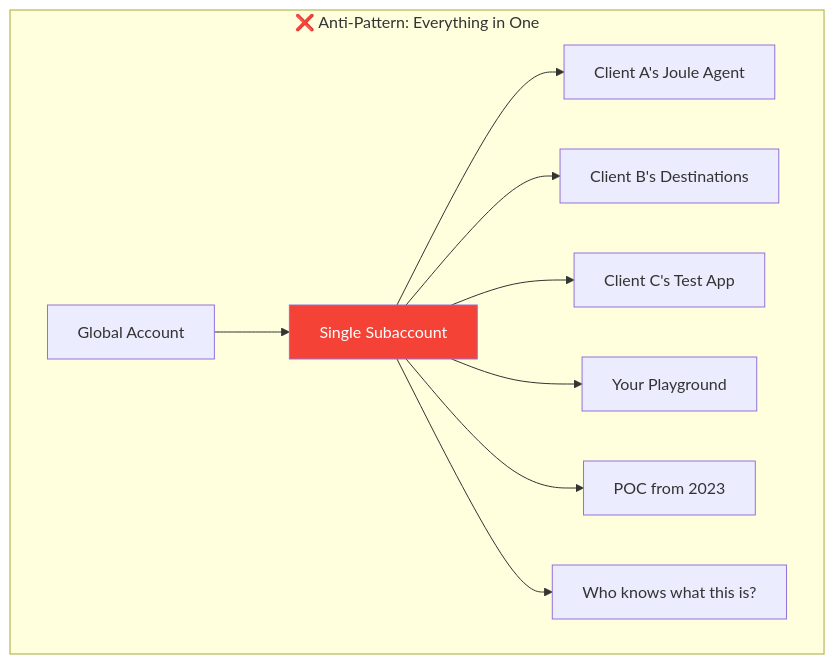
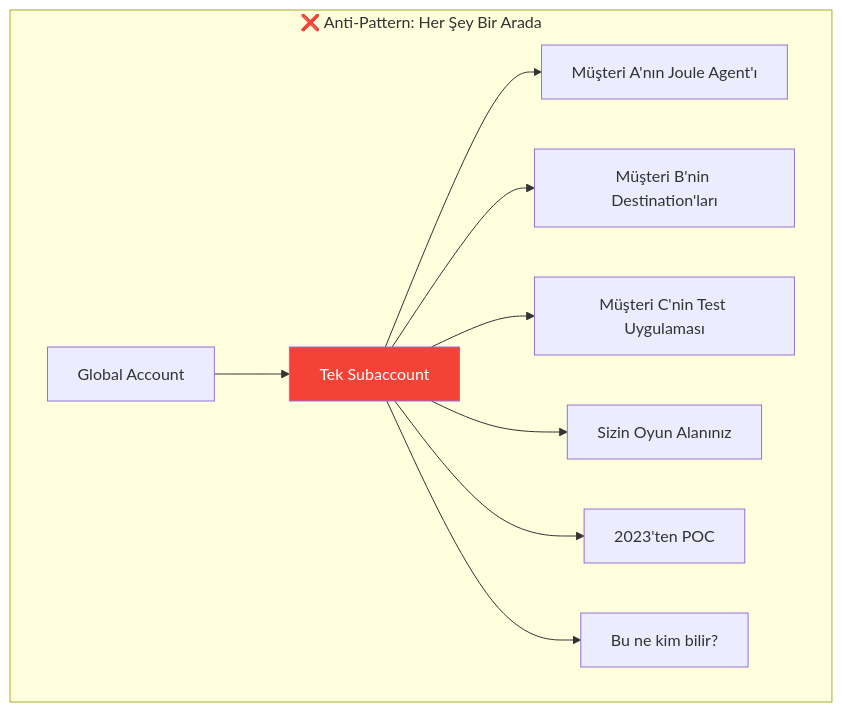
The first of 11 diagrams in Technical Tutorials/BTP/TR/chapters/12-multi-client-management.md (beyhanmeyrali/sap-all), drawn with Mermaid before and after one commit. The commit also changed other lines of this file and 11 other files, not shown here.

````diff
--- a/Technical Tutorials/BTP/TR/chapters/12-multi-client-management.md
+++ b/Technical Tutorials/BTP/TR/chapters/12-multi-client-management.md
@@ -15,15 +15,15 @@
 ```mermaid
 graph TD
-    subgraph "❌ Anti-Pattern: Everything in One"
+    subgraph "❌ Anti-Pattern: Her Şey Bir Arada"
         GA[Global Account]
-        GA --> SA[Single Subaccount]
-        SA --> A1[Client A's Joule Agent]
-        SA --> A2[Client B's Destinations]
-        SA --> A3[Client C's Test App]
-        SA --> A4[Your Playground]
-        SA --> A5[POC from 2023]
-        SA --> A6[Who knows what this is?]
+        GA --> SA[Tek Subaccount]
+        SA --> A1[Müşteri A'nın Joule Agent'ı]
+        SA --> A2[Müşteri B'nin Destination'ları]
+        SA --> A3[Müşteri C'nin Test Uygulaması]
+        SA --> A4[Sizin Oyun Alanınız]
+        SA --> A5[2023'ten POC]
+        SA --> A6[Bu ne kim bilir?]
     end
 
     style SA fill:#f44336,color:white
 ```
````
